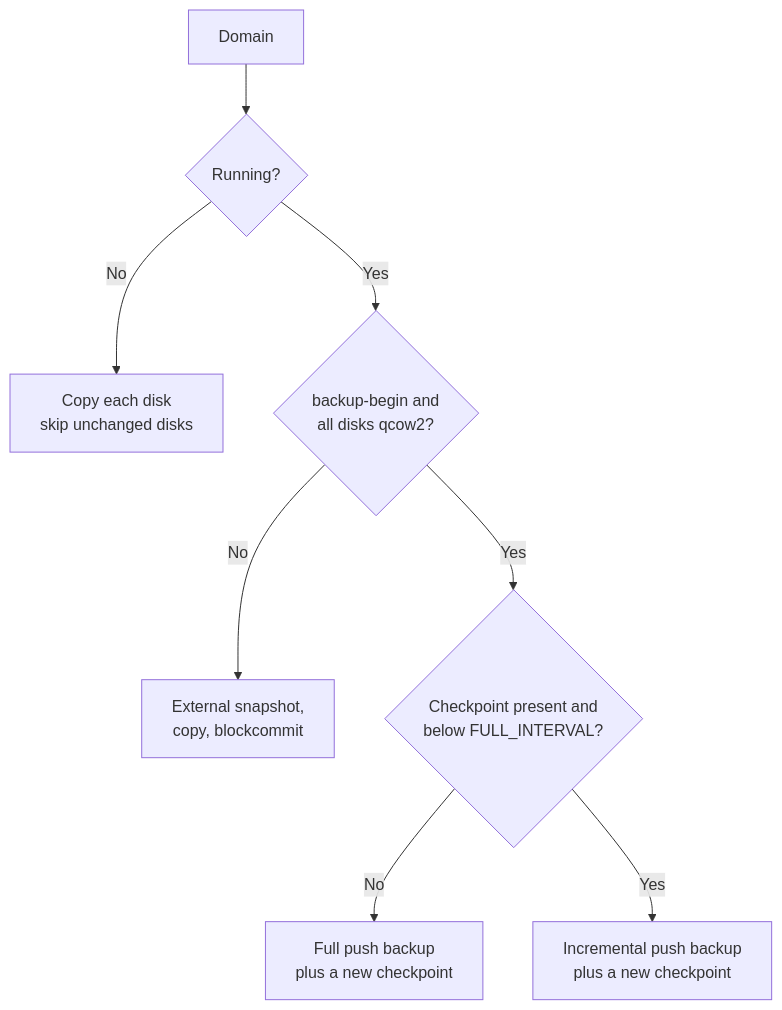
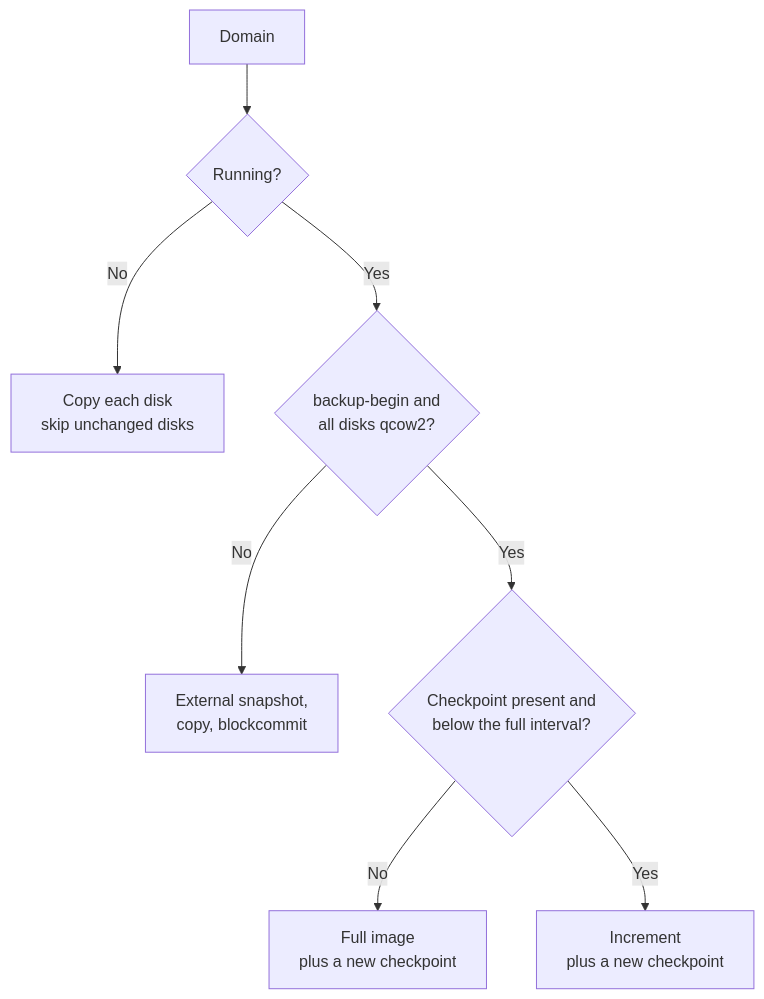
Before and after one commit to alexmohr/assimilate: the diagram in docs/vm-snapshots.md, drawn with Mermaid. The commit also changed other lines of this file and 25 other files, not shown here.

````diff
--- a/docs/vm-snapshots.md
+++ b/docs/vm-snapshots.md
@@ -21,10 +58,10 @@
 ```mermaid
 flowchart TD
     A[Domain] --> B{Running?}
     B -- No --> C[Copy each disk<br/>skip unchanged disks]
     B -- Yes --> D{backup-begin and<br/>all disks qcow2?}
     D -- No --> E[External snapshot,<br/>copy, blockcommit]
-    D -- Yes --> F{Checkpoint present and<br/>below FULL_INTERVAL?}
-    F -- No --> G[Full push backup<br/>plus a new checkpoint]
-    F -- Yes --> H[Incremental push backup<br/>plus a new checkpoint]
+    D -- Yes --> F{Checkpoint present and<br/>below the full interval?}
+    F -- No --> G[Full image<br/>plus a new checkpoint]
+    F -- Yes --> H[Increment<br/>plus a new checkpoint]
 ```
````
